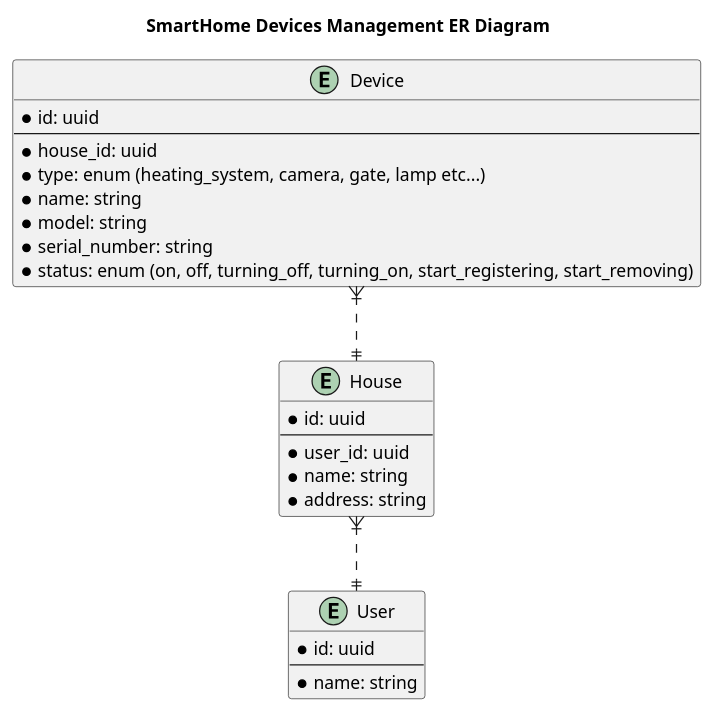
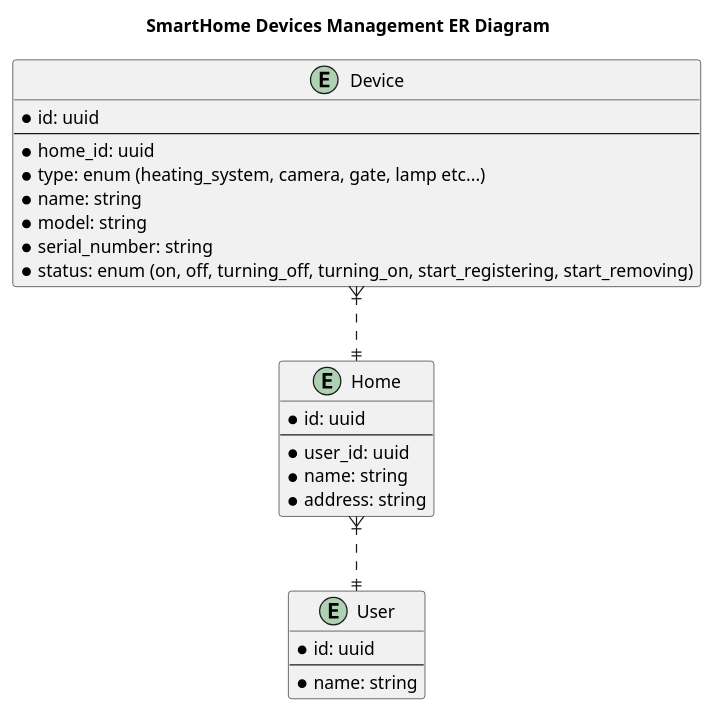
One commit to yuoknow/architecture-sprint-3 changed the diagram in diagrams/Microservices_Devices_Management_ER.puml. Above: the diagram before and after it, drawn with PlantUML. The commit also changed 21 other files, not shown here.

```diff
--- a/diagrams/Microservices_Devices_Management_ER.puml
+++ b/diagrams/Microservices_Devices_Management_ER.puml
@@ -1,33 +1,33 @@
 @startuml
 title SmartHome Devices Management ER Diagram
 
 top to bottom direction
 
 entity Device {
   * id: uuid
   --
-  * house_id: uuid
+  * home_id: uuid
   * type: enum (heating_system, camera, gate, lamp etc...)
   * name: string
   * model: string
   * serial_number: string
   * status: enum (on, off, turning_off, turning_on, start_registering, start_removing)
 }
 
-entity House {
+entity Home {
   * id: uuid
   --
   * user_id: uuid
   * name: string
   * address: string
 }
 
 entity User {
   * id: uuid
   --
   * name: string
 }
 
-House }|..|| User
-Device }|..|| House
+Home }|..|| User
+Device }|..|| Home
 @enduml
```
